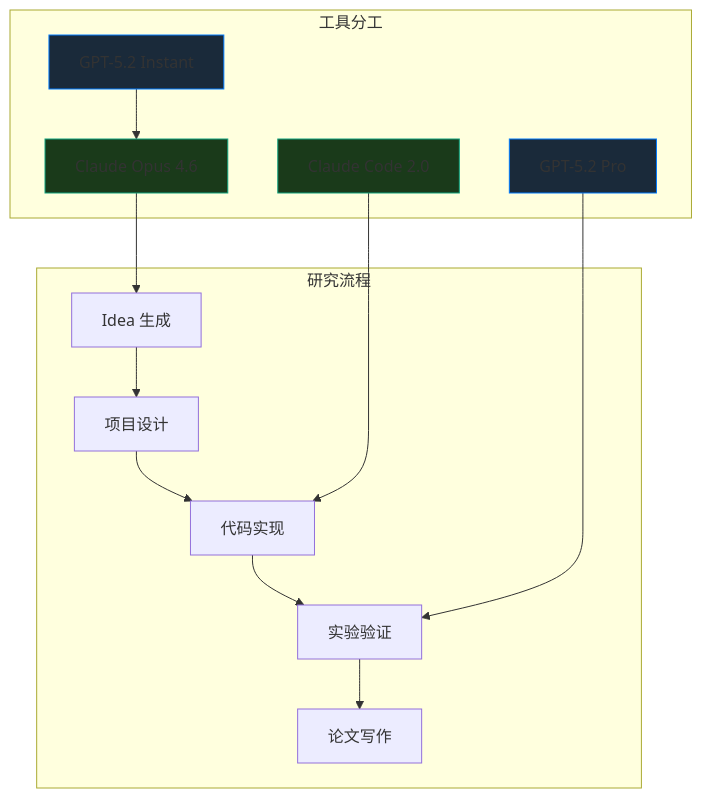
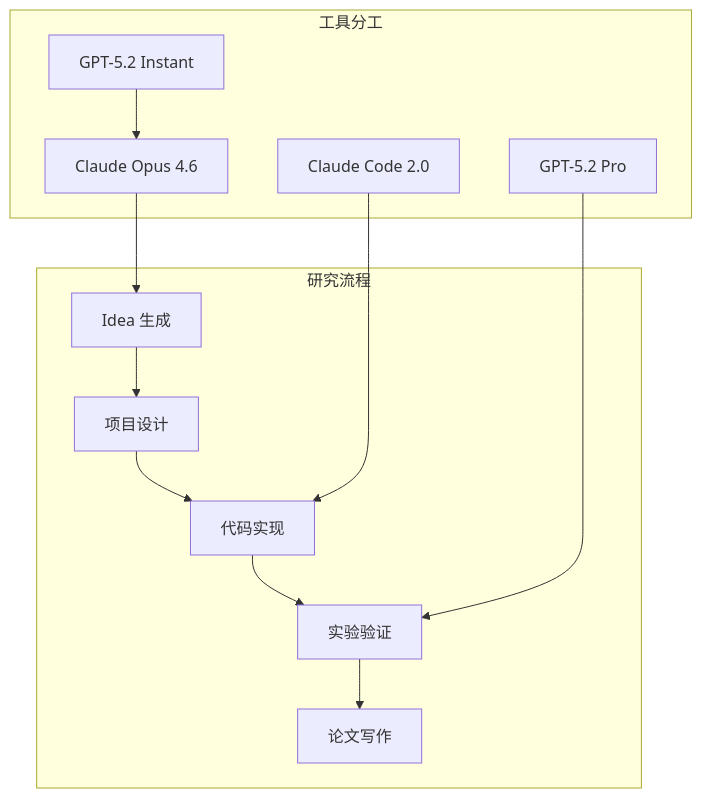
One commit to yiweinanzi/ai-research-ebook changed the diagram in src/content/docs/code/gpt.mdx. Above: the diagram before and after it, drawn with Mermaid. The commit also changed 8 other files, not shown here.

First line of the commit message:
feat: enhance homepage and diagram scripts

````diff
--- a/src/content/docs/code/gpt.mdx
+++ b/src/content/docs/code/gpt.mdx
@@ -70,21 +70,17 @@
 ```mermaid
 flowchart TD
     subgraph 研究流程
         A[Idea 生成] --> B[项目设计]
         B --> C[代码实现]
         C --> D[实验验证]
         D --> E[论文写作]
     end
 
     subgraph 工具分工
         F[Claude Opus 4.6] --> A
         G[Claude Code 2.0] --> C
         H[GPT-5.2 Pro] --> D
         I[GPT-5.2 Instant] --> F
     end
 
-    style F fill:#1a3a1a,stroke:#10a37f
-    style G fill:#1a3a1a,stroke:#10a37f
-    style H fill:#1a2a3a,stroke:#007aff
-    style I fill:#1a2a3a,stroke:#007aff
 ```
````
